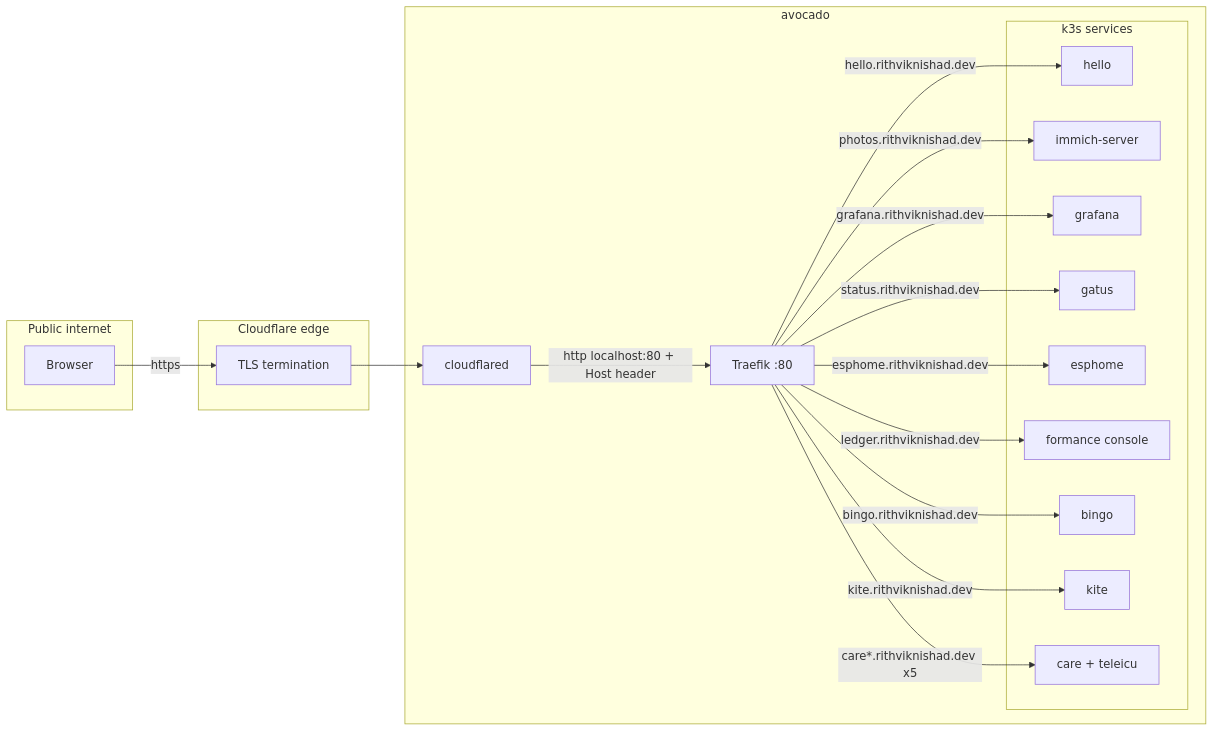
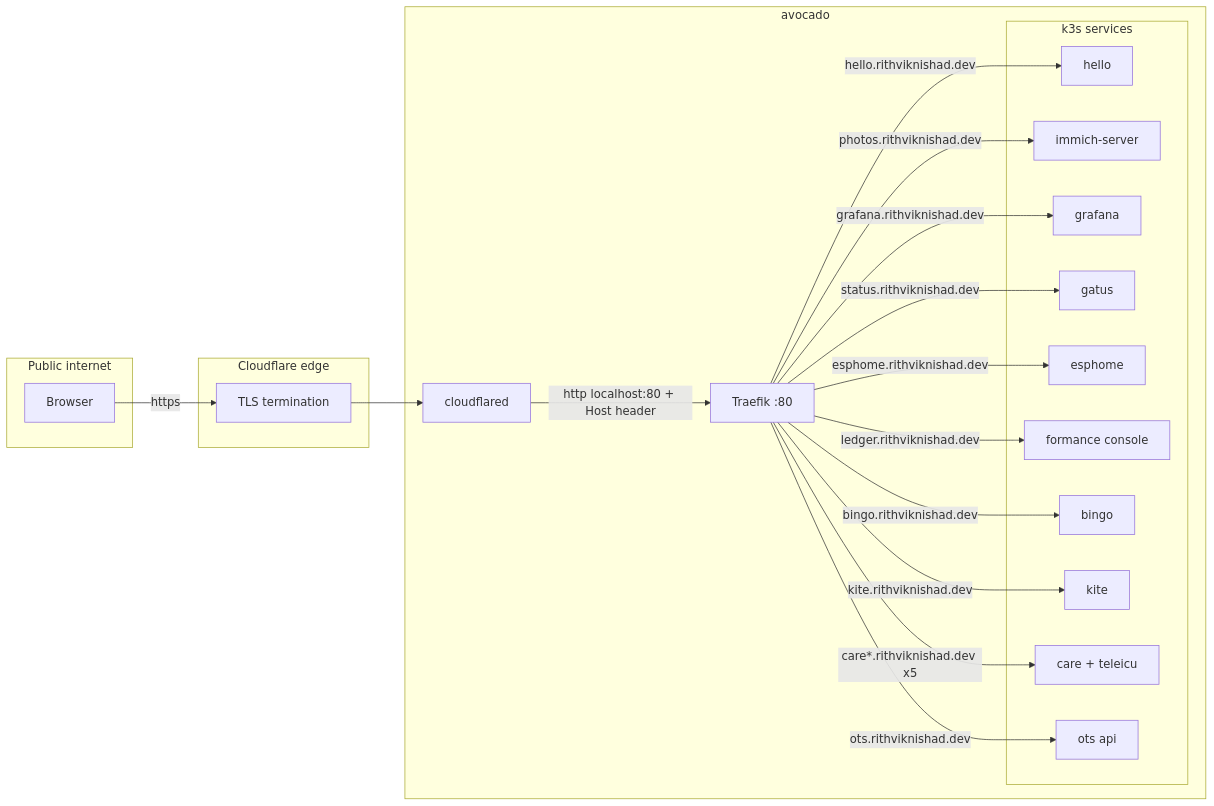
One commit to rithviknishad/systems.nix changed the diagram in docs/networking.md. Above: the diagram before and after it, drawn with Mermaid. The commit also changed other lines of this file and 11 other files, not shown here.

````diff
--- a/docs/networking.md
+++ b/docs/networking.md
@@ -51,36 +51,38 @@
 ```mermaid
 flowchart LR
     subgraph internet[Public internet]
         user[Browser]
     end
     subgraph cf[Cloudflare edge]
         tls[TLS termination]
     end
     subgraph box[avocado]
         cd[cloudflared]
         traefik[Traefik :80]
         subgraph k8s[k3s services]
             hello[hello]
             immich[immich-server]
             grafana[grafana]
             gatus[gatus]
             esphome[esphome]
             ledger[formance console]
             bingo[bingo]
             kite[kite]
             care[care + teleicu]
+            ots[ots api]
         end
     end
 
     user -->|https| tls --> cd
     cd -->|http localhost:80 + Host header| traefik
     traefik -->|hello.rithviknishad.dev| hello
     traefik -->|photos.rithviknishad.dev| immich
     traefik -->|grafana.rithviknishad.dev| grafana
     traefik -->|status.rithviknishad.dev| gatus
     traefik -->|esphome.rithviknishad.dev| esphome
     traefik -->|ledger.rithviknishad.dev| ledger
     traefik -->|bingo.rithviknishad.dev| bingo
     traefik -->|kite.rithviknishad.dev| kite
     traefik -->|care*.rithviknishad.dev x5| care
+    traefik -->|ots.rithviknishad.dev| ots
 ```
````
